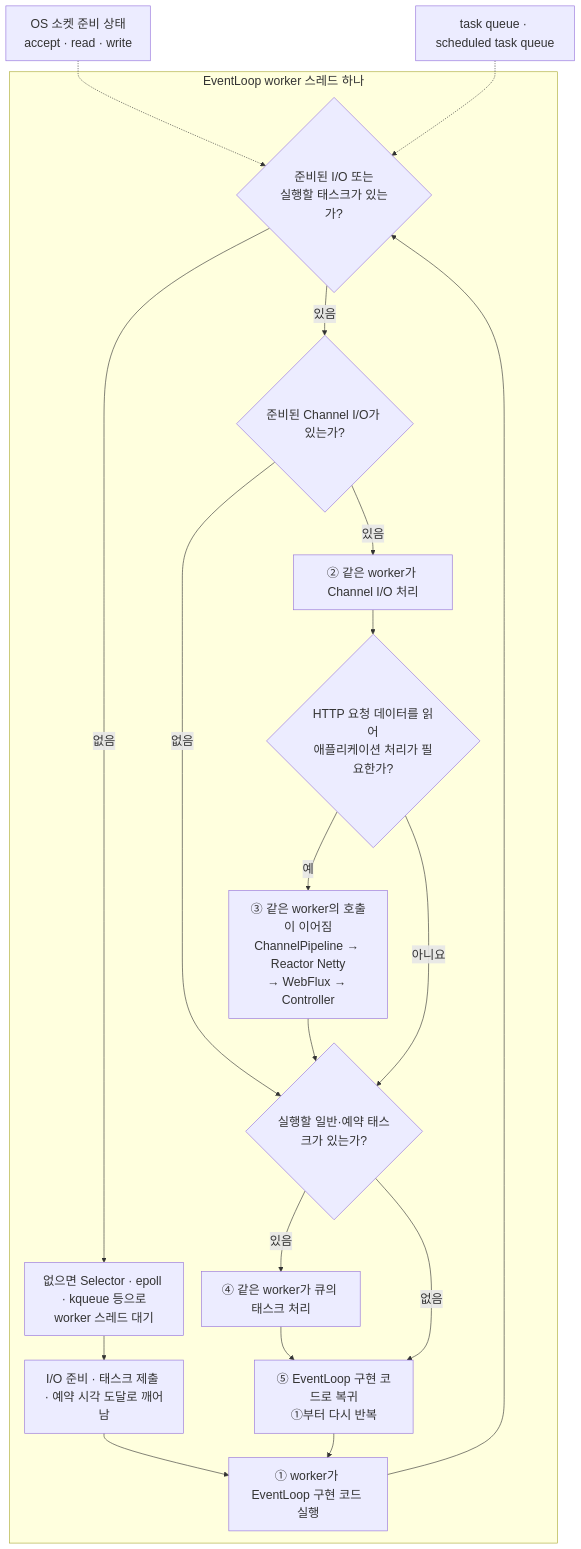
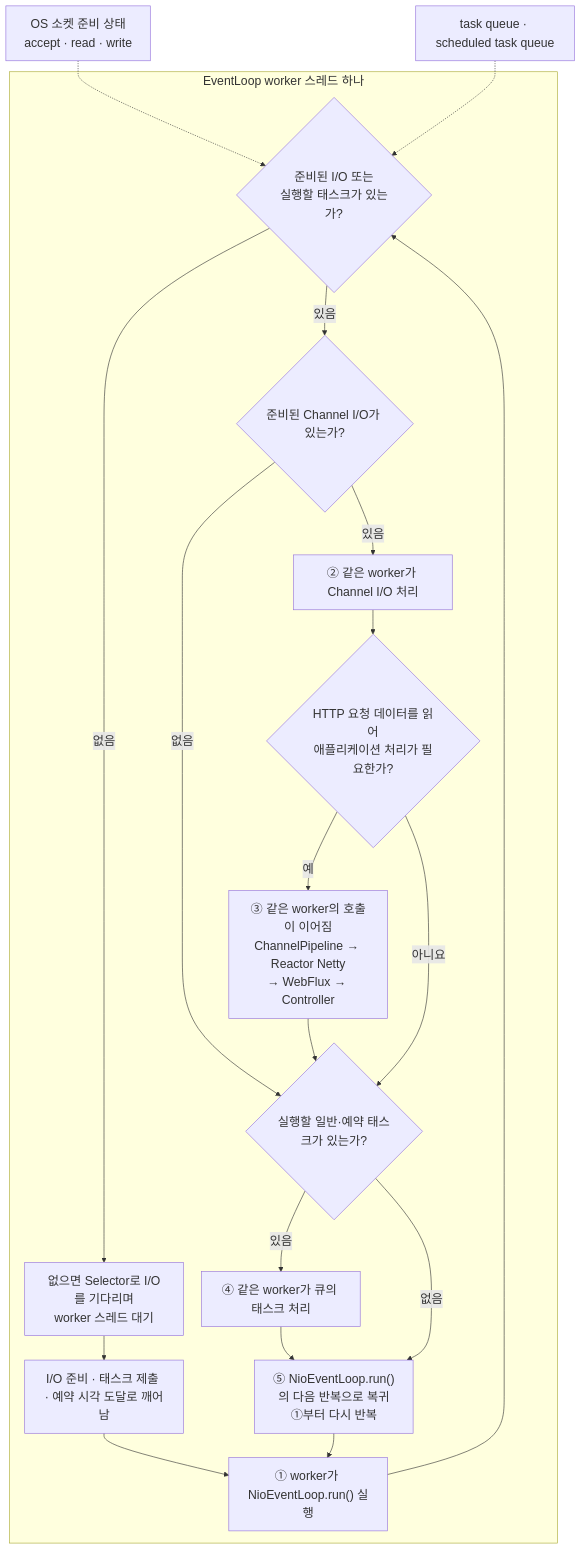
One commit to lee-gimoon/futures-paper-trading changed the second of 2 diagrams in docs/frontend-study/webflux-netty-event-loop.md. Above: the diagram before and after it, drawn with Mermaid. The commit also changed other lines of this file, not shown here.

Commit message:
docs: clarify Netty EventLoop run implementation

````diff
--- a/docs/frontend-study/webflux-netty-event-loop.md
+++ b/docs/frontend-study/webflux-netty-event-loop.md
@@ -80,34 +103,34 @@
 ```mermaid
 %%{init: {"themeVariables": {"fontSize": "20px"}, "flowchart": {"nodeSpacing": 30, "rankSpacing": 40, "subGraphTitleMargin": {"top": 0, "bottom": 22}}}}%%
 flowchart TB
   SOCKET["OS 소켓 준비 상태<br/>accept · read · write"]
   QUEUES["task queue · scheduled task queue"]
 
   subgraph WORKER["EventLoop worker 스레드 하나"]
-    LOOP["① worker가 EventLoop 구현 코드 실행"]
+    LOOP["① worker가 NioEventLoop.run() 실행"]
     CHECK{"준비된 I/O 또는<br/>실행할 태스크가 있는가?"}
-    WAIT["없으면 Selector · epoll · kqueue 등으로<br/>worker 스레드 대기"]
+    WAIT["없으면 Selector로 I/O를 기다리며<br/>worker 스레드 대기"]
     WAKE["I/O 준비 · 태스크 제출 · 예약 시각 도달로 깨어남"]
     HAS_IO{"준비된 Channel I/O가 있는가?"}
     IO["② 같은 worker가 Channel I/O 처리"]
     HTTP{"HTTP 요청 데이터를 읽어<br/>애플리케이션 처리가 필요한가?"}
     APP["③ 같은 worker의 호출이 이어짐<br/>ChannelPipeline → Reactor Netty<br/>→ WebFlux → Controller"]
     HAS_TASK{"실행할 일반·예약 태스크가 있는가?"}
     TASK["④ 같은 worker가 큐의 태스크 처리"]
-    BACK["⑤ EventLoop 구현 코드로 복귀<br/>①부터 다시 반복"]
+    BACK["⑤ NioEventLoop.run()의 다음 반복으로 복귀<br/>①부터 다시 반복"]
 
     LOOP --> CHECK
     CHECK -->|"없음"| WAIT --> WAKE --> LOOP
     CHECK -->|"있음"| HAS_IO
     HAS_IO -->|"있음"| IO --> HTTP
     HAS_IO -->|"없음"| HAS_TASK
     HTTP -->|"예"| APP --> HAS_TASK
     HTTP -->|"아니요"| HAS_TASK
     HAS_TASK -->|"있음"| TASK --> BACK
     HAS_TASK -->|"없음"| BACK
     BACK --> LOOP
   end
 
   SOCKET -.-> CHECK
   QUEUES -.-> CHECK
 ```
````
